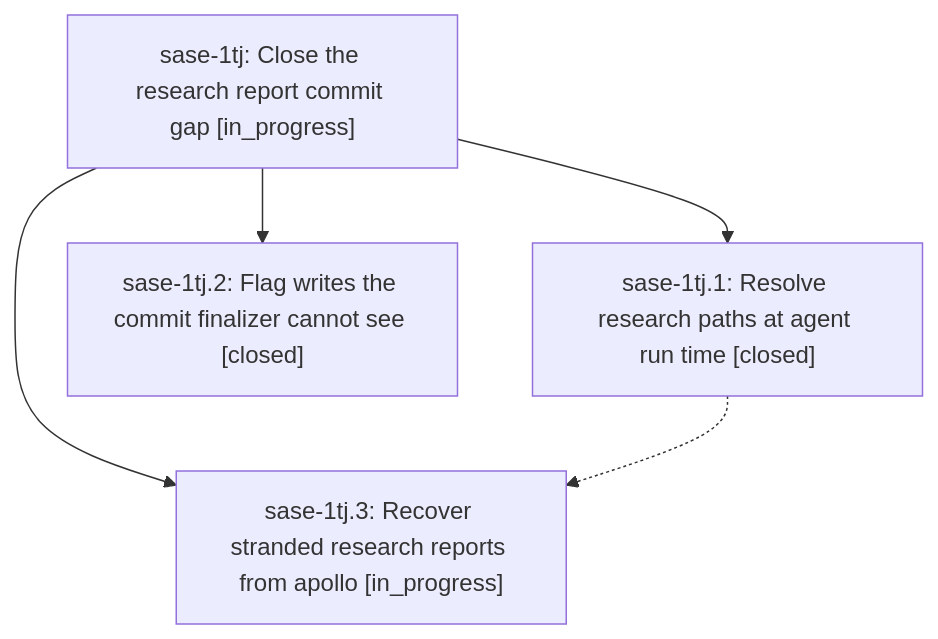
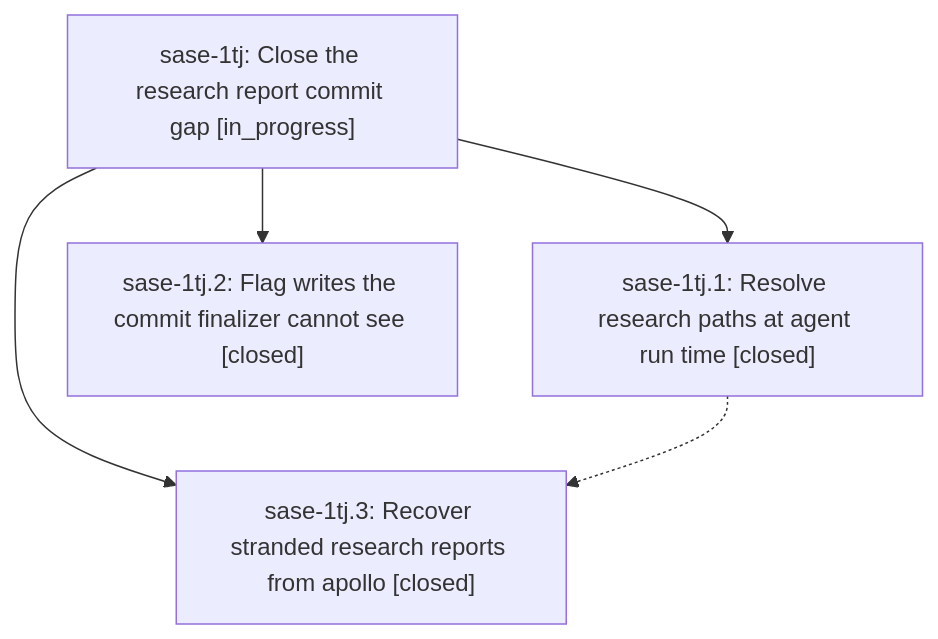
Before and after one commit to sase-org/sase--beads: the diagram in pages/sase-1tj/README.md, drawn with Mermaid. The commit also changed other lines of this file and 2 other files, not shown here.

First line of the commit message:
chore(beads): sync bead state and pages for sase-1tj

````diff
--- a/pages/sase-1tj/README.md
+++ b/pages/sase-1tj/README.md
@@ -38,11 +38,11 @@
 ```mermaid
 flowchart TD
     n0["sase-1tj: Close the research report commit gap [in_progress]"]
     n1["sase-1tj.1: Resolve research paths at agent run time [closed]"]
     n2["sase-1tj.2: Flag writes the commit finalizer cannot see [closed]"]
-    n3["sase-1tj.3: Recover stranded research reports from apollo [in_progress]"]
+    n3["sase-1tj.3: Recover stranded research reports from apollo [closed]"]
     n0 --> n1
     n0 --> n2
     n0 --> n3
     n1 -.-> n3
 ```
````
